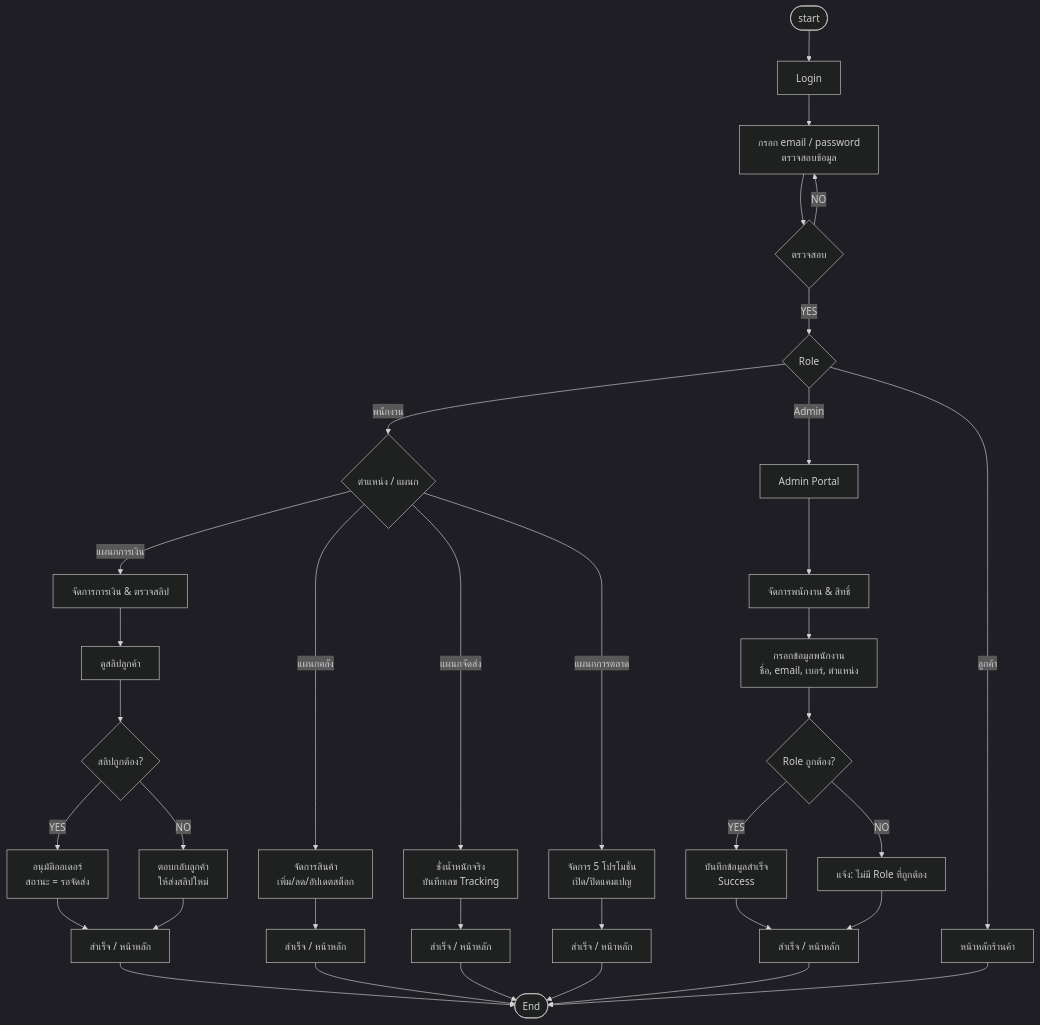
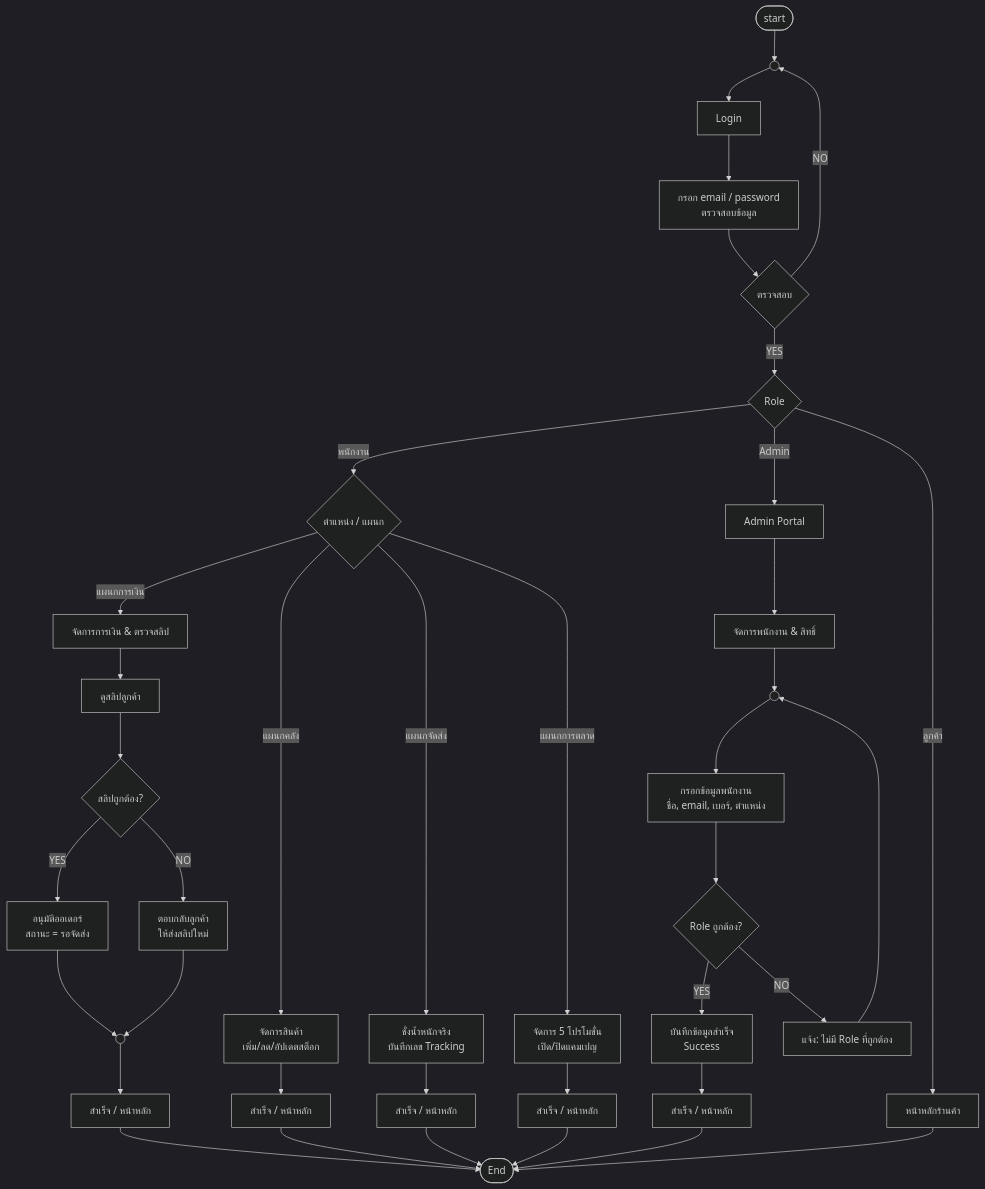
The second of 18 diagrams in README.md (doraemon-kub/CSI402_Project-final), drawn with Mermaid (dark theme) before and after one commit. The commit also changed other lines of this file, not shown here.

Commit message:
docs: add ANSI standard on-page connector symbols (( )) to loop-back and junction flowcharts

````diff
--- a/README.md
+++ b/README.md
@@ -95,44 +97,47 @@
 ```mermaid
 flowchart TD
-    Start([start]) --> Login[Login]
+    Start([start]) --> ConnLogin(( ))
+    ConnLogin --> Login[Login]
     Login --> FillCreds[กรอก email / password\nตรวจสอบข้อมูล]
     FillCreds --> CheckCreds{ตรวจสอบ}
-    CheckCreds -- NO --> FillCreds
+    CheckCreds -- NO --> ConnLogin
     CheckCreds -- YES --> CheckRole{Role}
     
     CheckRole -- ลูกค้า --> GoStore[หน้าหลักร้านค้า]
     CheckRole -- Admin --> AdminBranch[Admin Portal]
     CheckRole -- พนักงาน --> CheckDept{ตำแหน่ง / แผนก}
     
     CheckDept -- แผนกการเงิน --> FinDept[จัดการการเงิน & ตรวจสลิป]
     FinDept --> CheckSlip[ดูสลิปลูกค้า]
     CheckSlip --> IsSlipValid{สลิปถูกต้อง?}
     IsSlipValid -- YES --> ApprovePay[อนุมัติออเดอร์\nสถานะ = รอจัดส่ง]
     IsSlipValid -- NO --> RejectPay[ตอบกลับลูกค้า\nให้ส่งสลิปใหม่]
-    ApprovePay --> FinDone[สำเร็จ / หน้าหลัก]
-    RejectPay --> FinDone
+    ApprovePay --> ConnFinDone(( ))
+    RejectPay --> ConnFinDone
+    ConnFinDone --> FinDone[สำเร็จ / หน้าหลัก]
     
     CheckDept -- แผนกคลัง --> WhDept[จัดการสินค้า\nเพิ่ม/ลด/อัปเดตสต็อก]
     WhDept --> WhDone[สำเร็จ / หน้าหลัก]
     
     CheckDept -- แผนกจัดส่ง --> ShipDept[ชั่งน้ำหนักจริง\nบันทึกเลข Tracking]
     ShipDept --> ShipDone[สำเร็จ / หน้าหลัก]
     
     CheckDept -- แผนกการตลาด --> MktDept[จัดการ 5 โปรโมชั่น\nเปิด/ปิดแคมเปญ]
     MktDept --> MktDone[สำเร็จ / หน้าหลัก]
     
     AdminBranch --> AdminAction[จัดการพนักงาน & สิทธิ์]
-    AdminAction --> AddUserForm[กรอกข้อมูลพนักงาน\nชื่อ, email, เบอร์, ตำแหน่ง]
+    AdminAction --> ConnUser(( ))
+    ConnUser --> AddUserForm[กรอกข้อมูลพนักงาน\nชื่อ, email, เบอร์, ตำแหน่ง]
     AddUserForm --> CheckAdminRole{Role ถูกต้อง?}
     CheckAdminRole -- YES --> SaveUserDB[บันทึกข้อมูลสำเร็จ\nSuccess]
     CheckAdminRole -- NO --> AlertRoleErr[แจ้ง: ไม่มี Role ที่ถูกต้อง]
+    AlertRoleErr --> ConnUser
     SaveUserDB --> AdminDone[สำเร็จ / หน้าหลัก]
-    AlertRoleErr --> AdminDone
     
     FinDone --> End([End])
     WhDone --> End
     ShipDone --> End
     MktDone --> End
     AdminDone --> End
     GoStore --> End
 ```
````
